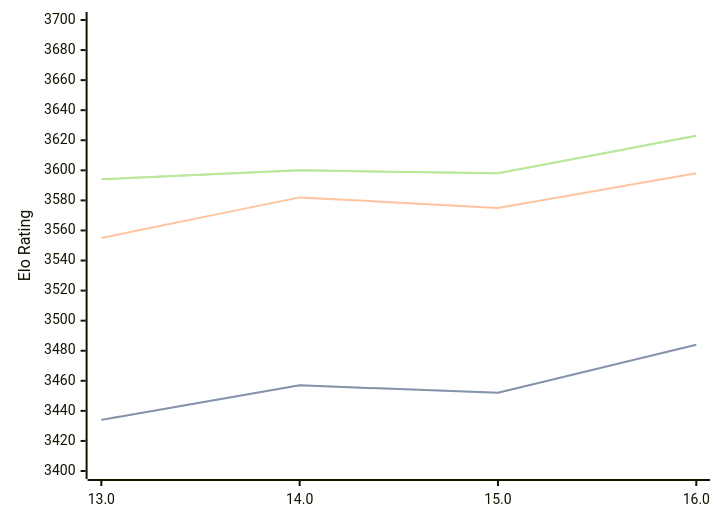
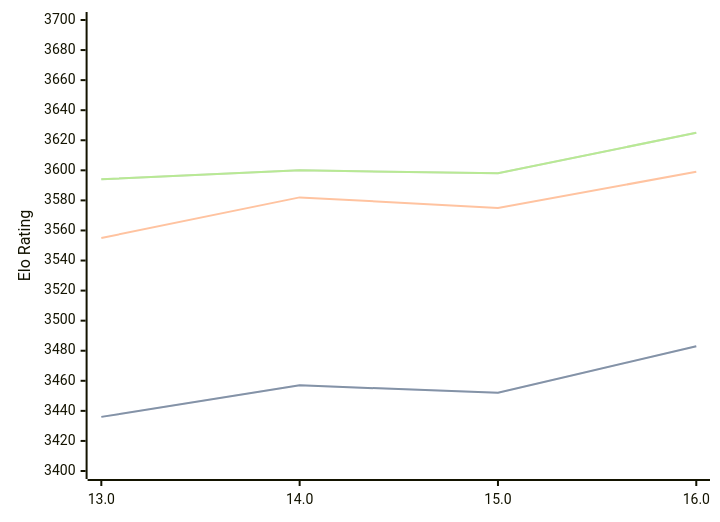
The diagram in engines/Obsidian.md (computer-chess-index/cci), drawn with Mermaid before and after one commit. The commit also changed other lines of this file, not shown here.

Commit message:
Update CCI Ratings (ELO VLTC) - 2026-03-02

````diff
--- a/engines/Obsidian.md
+++ b/engines/Obsidian.md
@@ -41,11 +41,11 @@
 ```mermaid
 %%{init: {"theme":"base","themeVariables":{"seriesColors:['#a3a3a3','#222221','#faa371']}}}%%
 xychart-beta
   x-axis ["13.0", "14.0", "15.0", "16.0"]
   y-axis "Elo Rating" 3400 --> 3700
-  line "STC (8.0+0.08s)" [3434, 3457, 3452, 3484]
-  line "STC (8.0+0.08s)" [3434, 3457, 3452, 3484]
-  line "LTC (60.0+0.60s)" [3555, 3582, 3575, 3598]
-  line "VLTC (2m24s+1.12s)" [3594, 3600, 3598, 3623]
-  line "VLTC (2m24s+1.12s)" [3594, 3600, 3598, 3623]
+  line "STC (8.0+0.08s)" [3436, 3457, 3452, 3483]
+  line "STC (8.0+0.08s)" [3436, 3457, 3452, 3483]
+  line "LTC (60.0+0.60s)" [3555, 3582, 3575, 3599]
+  line "VLTC (2m24s+1.12s)" [3594, 3600, 3598, 3625]
+  line "VLTC (2m24s+1.12s)" [3594, 3600, 3598, 3625]
 ```
````
